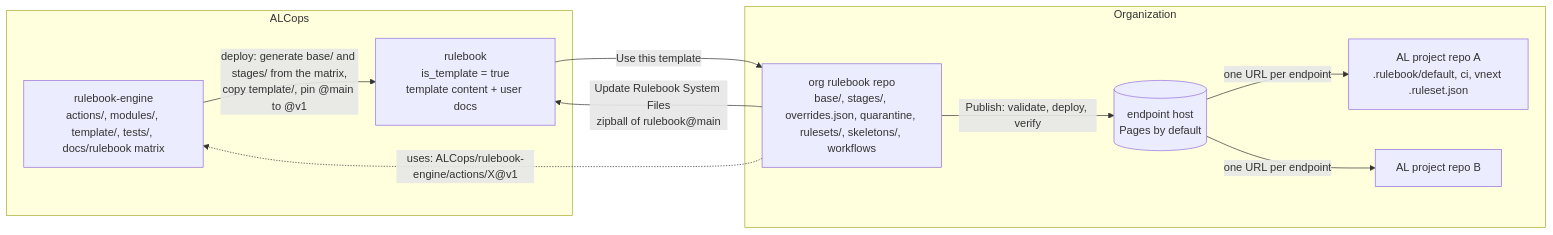
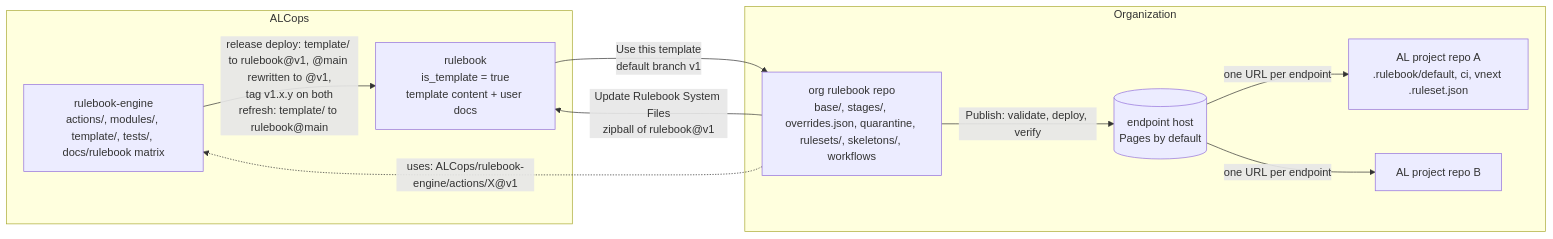
One commit to ALCops/rulebook-engine changed the first of 6 diagrams in docs/ARCHITECTURE.md. Above: the diagram before and after it, drawn with Mermaid. The commit also changed other lines of this file and 11 other files, not shown here.

First line of the commit message:
D52: releases are a floating major branch cut from hand-written release notes

````diff
--- a/docs/ARCHITECTURE.md
+++ b/docs/ARCHITECTURE.md
@@ -61,19 +61,19 @@
 ```mermaid
 flowchart LR
     subgraph alcops [ALCops]
         eng[rulebook-engine<br/>actions/, modules/, template/, tests/, docs/rulebook matrix]
         tpl[rulebook<br/>is_template = true<br/>template content + user docs]
     end
     subgraph org [Organization]
         orgrepo[org rulebook repo<br/>base/, stages/, overrides.json, quarantine, rulesets/, skeletons/, workflows]
         host[(endpoint host<br/>Pages by default)]
         proj1[AL project repo A<br/>.rulebook/default, ci, vnext .ruleset.json]
         proj2[AL project repo B]
     end
-    eng -->|deploy: generate base/ and stages/ from the matrix,<br/>copy template/, pin @main to @v1| tpl
-    tpl -->|Use this template| orgrepo
+    eng -->|release deploy: template/ to rulebook@v1, @main rewritten to @v1,<br/>tag v1.x.y on both<br/>refresh: template/ to rulebook@main| tpl
+    tpl -->|Use this template<br/>default branch v1| orgrepo
     orgrepo -.->|uses: ALCops/rulebook-engine/actions/X@v1| eng
-    orgrepo -->|Update Rulebook System Files<br/>zipball of rulebook@main| tpl
+    orgrepo -->|Update Rulebook System Files<br/>zipball of rulebook@v1| tpl
     orgrepo -->|Publish: validate, deploy, verify| host
     host -->|one URL per endpoint| proj1 & proj2
 ```
````
